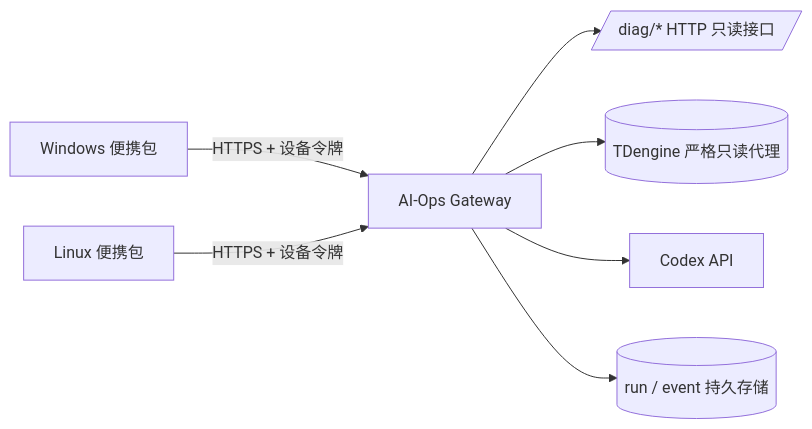
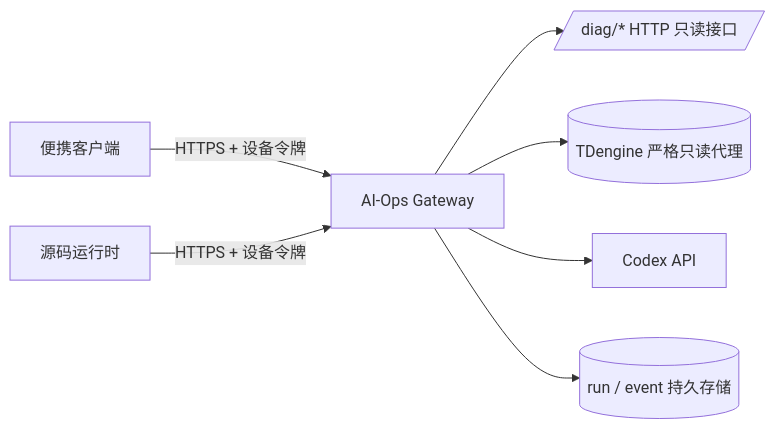
One commit to kilbertert/AI-Ops changed the diagram in docs/gateway.md. Above: the diagram before and after it, drawn with Mermaid. The commit also changed other lines of this file and 11 other files, not shown here.

````diff
--- a/docs/gateway.md
+++ b/docs/gateway.md
@@ -7,9 +7,9 @@
 ```mermaid
 flowchart LR
-    W[Windows 便携包] -->|HTTPS + 设备令牌| G[AI-Ops Gateway]
-    L[Linux 便携包] -->|HTTPS + 设备令牌| G
+    W[便携客户端] -->|HTTPS + 设备令牌| G[AI-Ops Gateway]
+    L[源码运行时] -->|HTTPS + 设备令牌| G
     G --> H[/diag/* HTTP 只读接口/]
     G --> T[(TDengine 严格只读代理)]
     G --> C[Codex API]
     G --> S[(run / event 持久存储)]
 ```
````
